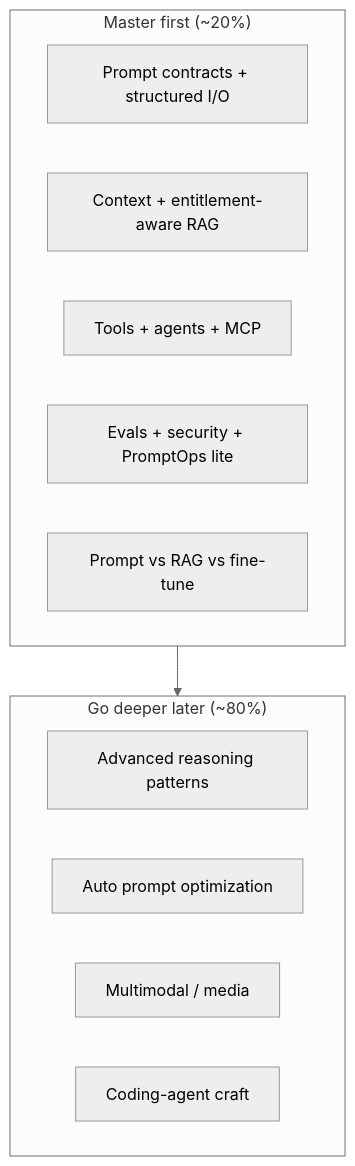
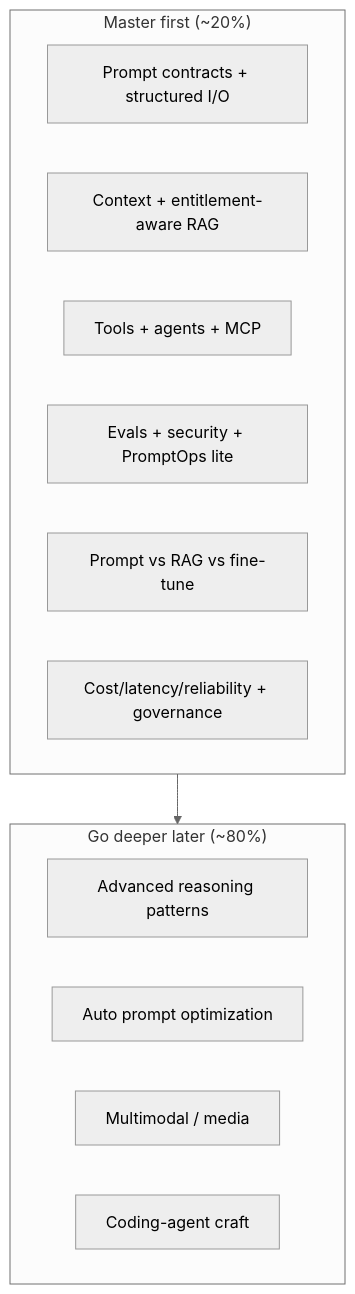
The diagram in docs/learning-path/architect-20.md (atutorial5891-design/promptEngineering), drawn with Mermaid (neutral theme) before and after one commit. The commit also changed other lines of this file and 28 other files, not shown here.

````diff
--- a/docs/learning-path/architect-20.md
+++ b/docs/learning-path/architect-20.md
@@ -24,17 +27,18 @@
 ```mermaid
 flowchart TB
   subgraph must["Master first (~20%)"]
     A[Prompt contracts + structured I/O]
     B[Context + entitlement-aware RAG]
     C[Tools + agents + MCP]
     D[Evals + security + PromptOps lite]
     E[Prompt vs RAG vs fine-tune]
+    X[Cost/latency/reliability + governance]
   end
   subgraph later["Go deeper later (~80%)"]
     F[Advanced reasoning patterns]
     G[Auto prompt optimization]
     H[Multimodal / media]
     I[Coding-agent craft]
   end
   must --> later
 ```
````
